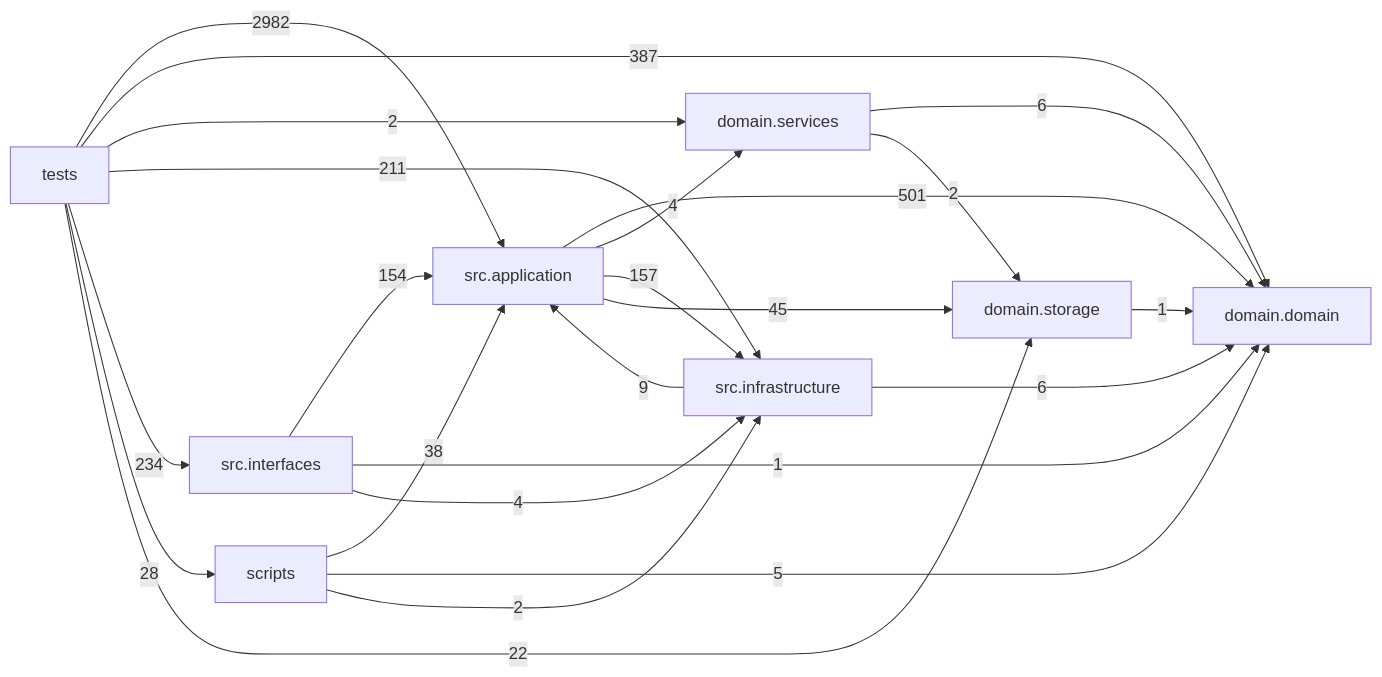
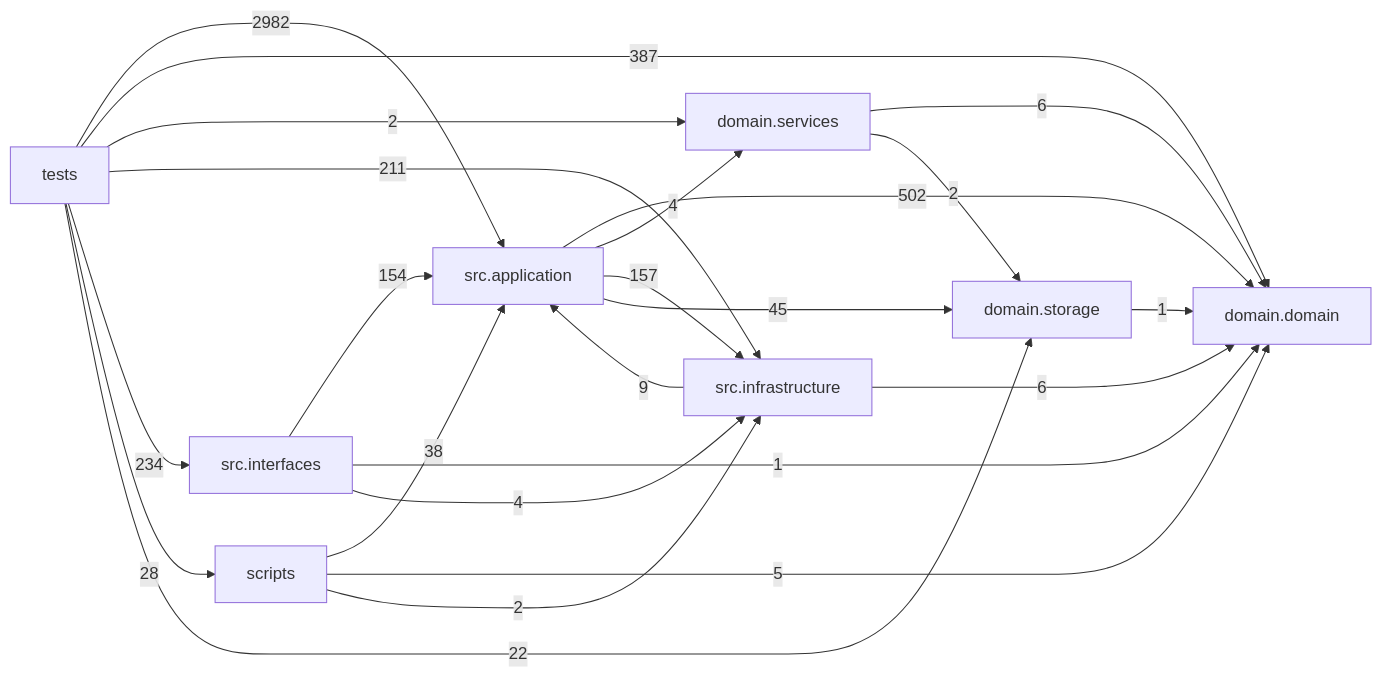
Before and after one commit to liuxie066/options-monitor: the diagram in docs/DEPENDENCY_GRAPH.md, drawn with Mermaid. The commit also changed other lines of this file and 3 other files, not shown here.

````diff
--- a/docs/DEPENDENCY_GRAPH.md
+++ b/docs/DEPENDENCY_GRAPH.md
@@ -24,33 +24,33 @@
 ```mermaid
 flowchart LR
   tests["tests"]
   scripts["scripts"]
   interfaces["src.interfaces"]
   application["src.application"]
   infrastructure["src.infrastructure"]
   domain_services["domain.services"]
   domain["domain.domain"]
   storage["domain.storage"]
-  application -->|501| domain
+  application -->|502| domain
   application -->|4| domain_services
   application -->|157| infrastructure
   application -->|45| storage
   domain_services -->|6| domain
   domain_services -->|2| storage
   infrastructure -->|9| application
   infrastructure -->|6| domain
   interfaces -->|154| application
   interfaces -->|1| domain
   interfaces -->|4| infrastructure
   scripts -->|38| application
   scripts -->|5| domain
   scripts -->|2| infrastructure
   storage -->|1| domain
   tests -->|2982| application
   tests -->|387| domain
   tests -->|2| domain_services
   tests -->|211| infrastructure
   tests -->|234| interfaces
   tests -->|28| scripts
   tests -->|22| storage
 ```
````
